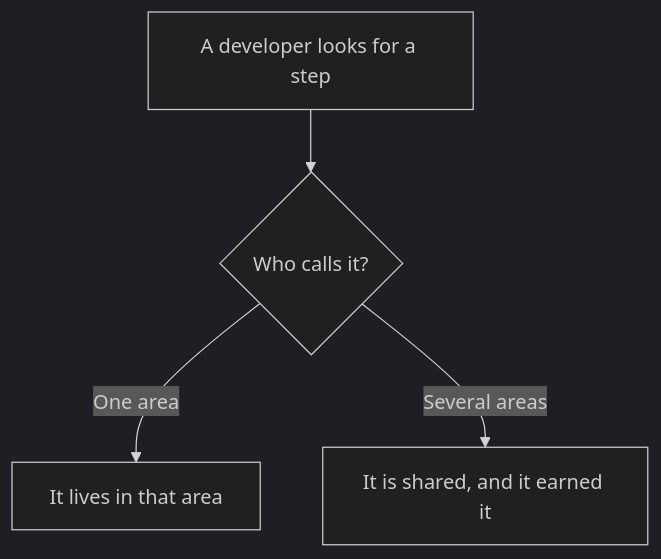
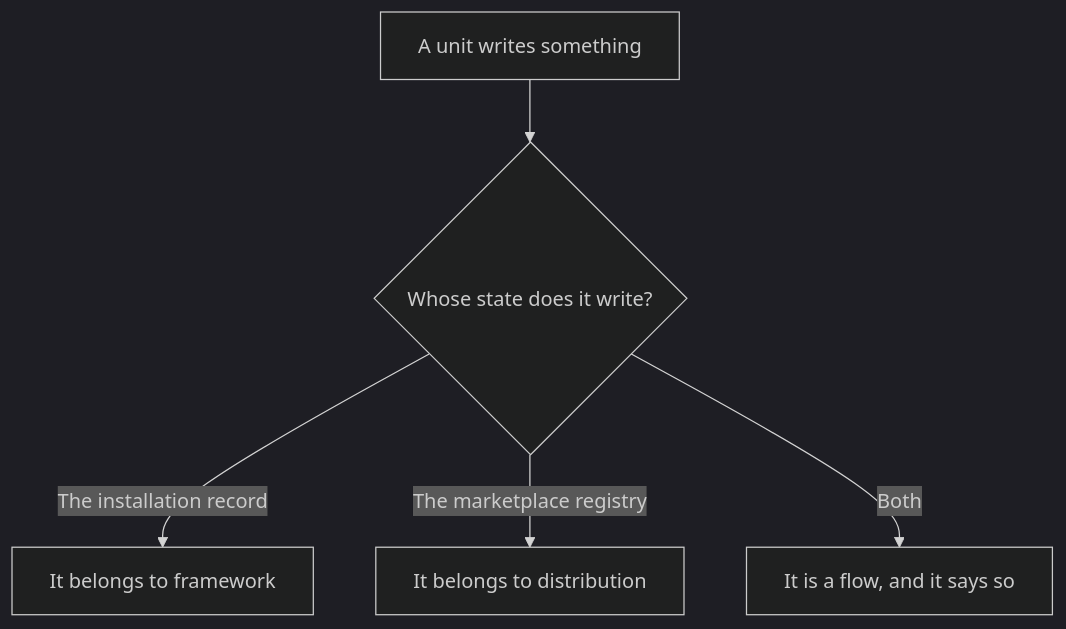
Before and after one commit to ai-driven-dev/aidd-framework: the first of 2 diagrams in cli/aidd_docs/tasks/2026_08/2026_08_20_refactor-contextes-cli/phase-7.md, drawn with Mermaid (dark theme). The commit also changed other lines of this file and 17 other files, not shown here.

````diff
--- a/cli/aidd_docs/tasks/2026_08/2026_08_20_refactor-contextes-cli/phase-7.md
+++ b/cli/aidd_docs/tasks/2026_08/2026_08_20_refactor-contextes-cli/phase-7.md
@@ -37,6 +32,7 @@
 ```mermaid
 flowchart TD
-  A[A developer looks for a step] --> B{Who calls it?}
-  B -->|One area| C[It lives in that area]
-  B -->|Several areas| D[It is shared, and it earned it]
+  A[A unit writes something] --> B{Whose state does it write?}
+  B -->|The installation record| C[It belongs to framework]
+  B -->|The marketplace registry| D[It belongs to distribution]
+  B -->|Both| E[It is a flow, and it says so]
 ```
````
